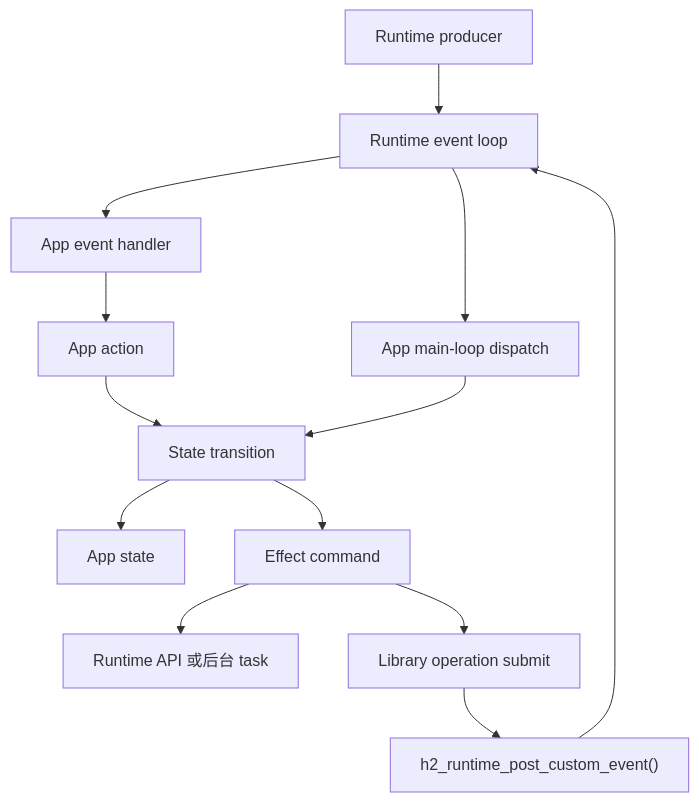
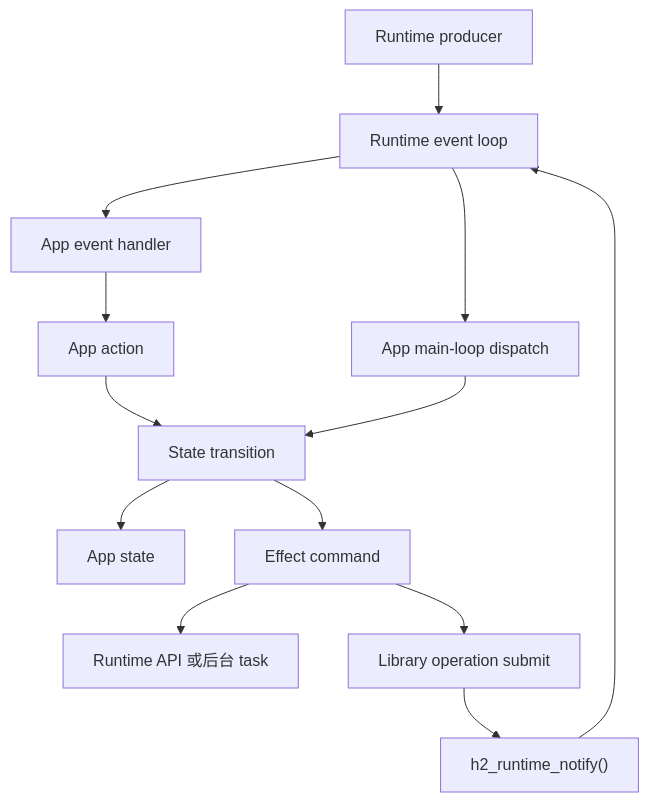
One commit to GizClaw/gizos changed the fourth of 4 diagrams in guides/zh/developing/app/runtime.md. Above: the diagram before and after it, drawn with Mermaid. The commit also changed other lines of this file and 14 other files, not shown here.

````diff
--- a/guides/zh/developing/app/runtime.md
+++ b/guides/zh/developing/app/runtime.md
@@ -244,15 +247,15 @@
 ```mermaid
 flowchart TD
     RuntimeProducer["Runtime producer"] --> RuntimeLoop["Runtime event loop"]
     RuntimeLoop --> Handler["App event handler"]
     Handler --> Action["App action"]
     Action --> Transition["State transition"]
     Transition --> State["App state"]
     Transition --> Effect["Effect command"]
     Effect --> Worker["Runtime API 或后台 task"]
     Effect --> Library["Library operation submit"]
-    Library --> Completion["h2_runtime_post_custom_event()"]
+    Library --> Completion["h2_runtime_notify()"]
     Completion --> RuntimeLoop
     RuntimeLoop --> Dispatch["App main-loop dispatch"]
     Dispatch --> Transition
 ```
````
